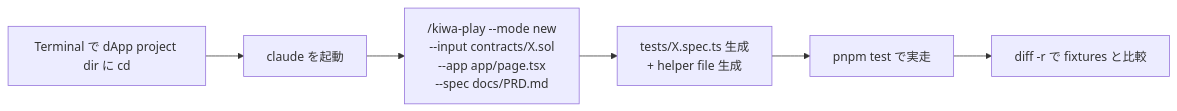
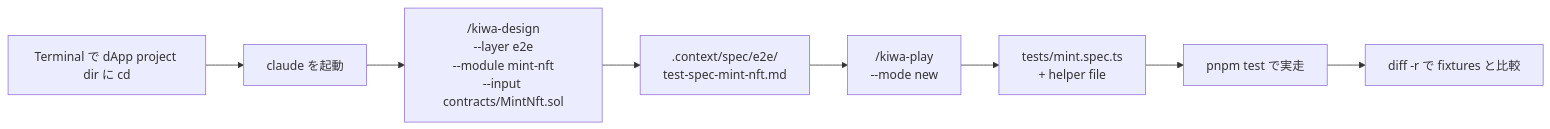
Before and after one commit to cardene777/kiwa: the diagram in tests/docs/run-dapp-e2e-tests.ja.md, drawn with Mermaid. The commit also changed other lines of this file and 2 other files, not shown here.

First line of the commit message:
📝 docs(tests): 3 skill chain (kiwa-design → forge/play) に修正 + 複数 contract 注記追加 (#215)

````diff
--- a/tests/docs/run-dapp-e2e-tests.ja.md
+++ b/tests/docs/run-dapp-e2e-tests.ja.md
@@ -9,8 +18,10 @@
 ```mermaid
 graph LR
     A[Terminal で dApp project dir に cd] --> B[claude を起動]
-    B --> C["/kiwa-play --mode new<br/>--input contracts/X.sol<br/>--app app/page.tsx<br/>--spec docs/PRD.md"]
-    C --> D[tests/X.spec.ts 生成<br/>+ helper file 生成]
-    D --> E[pnpm test で実走]
-    E --> F[diff -r で fixtures と比較]
+    B --> C["/kiwa-design<br/>--layer e2e<br/>--module mint-nft<br/>--input contracts/MintNft.sol"]
+    C --> D[.context/spec/e2e/<br/>test-spec-mint-nft.md]
+    D --> E["/kiwa-play<br/>--mode new"]
+    E --> F[tests/mint.spec.ts<br/>+ helper file]
+    F --> G[pnpm test で実走]
+    G --> H[diff -r で fixtures と比較]
 ```
````
